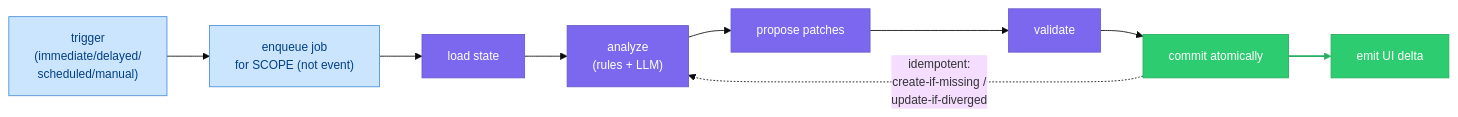
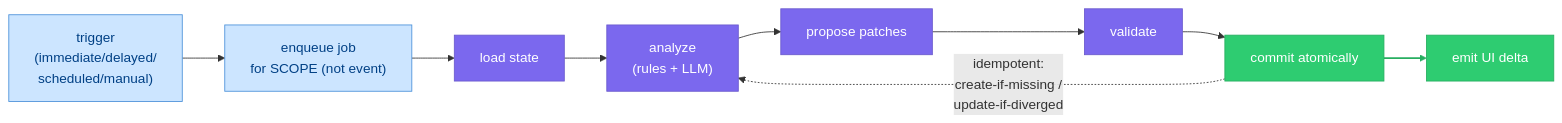
One commit to alex-oleshkevich/dailydrift changed the second of 2 diagrams in specs/curator.md. Above: the diagram before and after it, drawn with Mermaid. The commit also changed other lines of this file and 44 other files, not shown here.

````diff
--- a/specs/curator.md
+++ b/specs/curator.md
@@ -359,21 +414,20 @@
 ```mermaid
-%%{init: {'theme': 'base', 'themeVariables': {'fontSize': '14px'}}}%%
 flowchart LR
     classDef trig fill:#CCE5FF,stroke:#4A90D9,color:#004085
     classDef calc fill:#7B68EE,stroke:#6A5ACD,color:#fff
     classDef good fill:#2ECC71,stroke:#27AE60,color:#fff
 
-    T["trigger\n(immediate/delayed/\nscheduled/manual)"]:::trig
-    Q["enqueue job\nfor SCOPE (not event)"]:::trig
+    T["trigger<br/>(immediate/delayed/<br/>scheduled/manual)"]:::trig
+    Q["enqueue job<br/>for SCOPE (not event)"]:::trig
     L["load state"]:::calc
-    A["analyze\n(rules + LLM)"]:::calc
+    A["analyze<br/>(rules + LLM)"]:::calc
     P["propose patches"]:::calc
     V["validate"]:::calc
     C["commit atomically"]:::good
     U["emit UI delta"]:::good
 
     T --> Q --> L --> A --> P --> V --> C --> U
-    C -.->|"idempotent:\ncreate-if-missing /\nupdate-if-diverged"| A
+    C -.->|"idempotent:<br/>create-if-missing /<br/>update-if-diverged"| A
 
     linkStyle 6 stroke:#27AE60,stroke-width:2px
 ```
````
